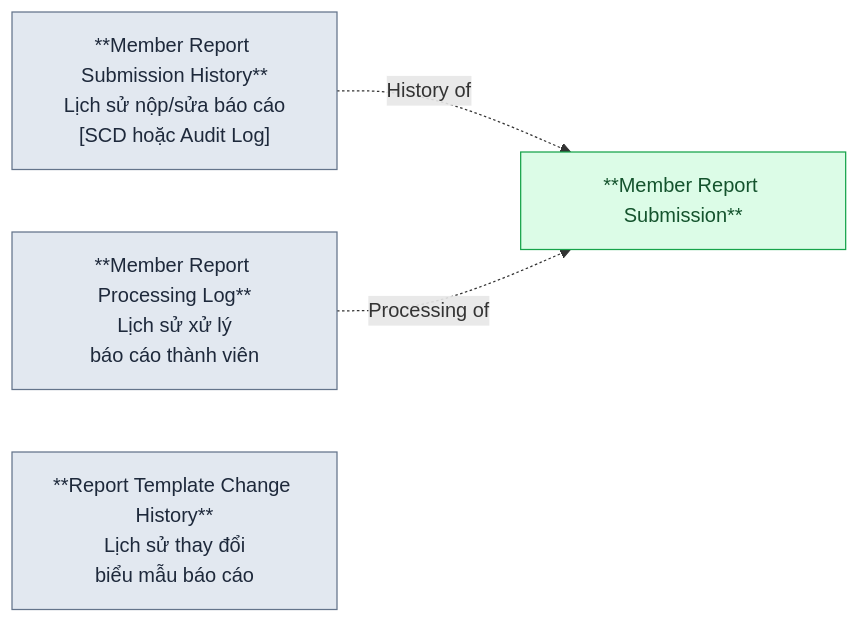
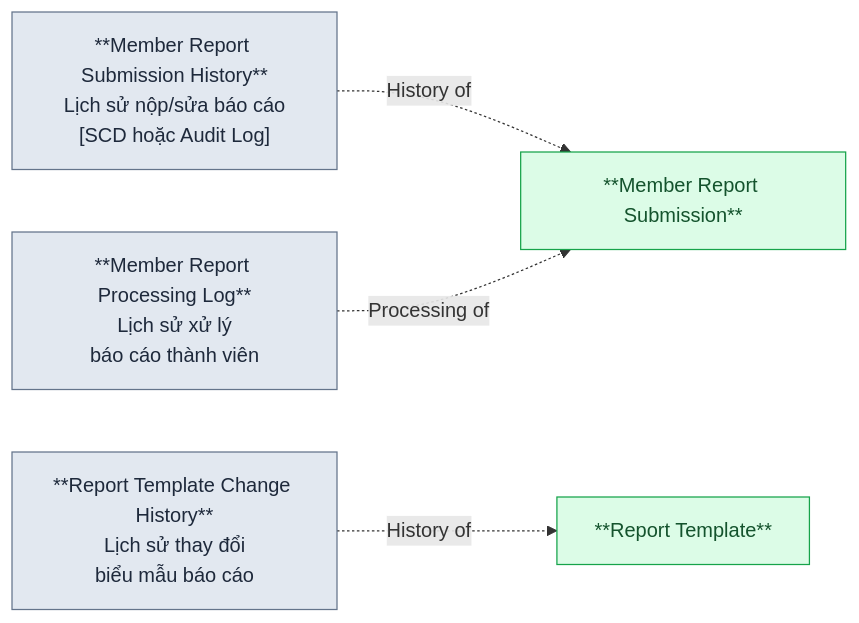
One commit to linhlvit/ubck_atomic_design changed diagram 26 of 30 in Silver/hld/FMS_relationship_diagram.md. Above: the diagram before and after it, drawn with Mermaid. The commit also changed other lines of this file, not shown here.

````diff
--- a/Silver/hld/FMS_relationship_diagram.md
+++ b/Silver/hld/FMS_relationship_diagram.md
@@ -629,13 +590,15 @@
 ```mermaid
 graph LR
     classDef silver fill:#dcfce7,stroke:#16a34a,color:#14532d
     classDef pattern fill:#e2e8f0,stroke:#64748b,color:#1e293b
 
     MRS_S11C["**Member Report Submission**"]:::silver
+    RPT_TEMP_S11C["**Report Template**"]:::silver
     MRS_HS["**Member Report Submission History**\nLịch sử nộp/sửa báo cáo\n[SCD hoặc Audit Log]"]:::pattern
     MRS_PROC["**Member Report Processing Log**\nLịch sử xử lý\nbáo cáo thành viên"]:::pattern
     RPT_CHG["**Report Template Change History**\nLịch sử thay đổi\nbiểu mẫu báo cáo"]:::pattern
 
     MRS_HS -.->|History of| MRS_S11C
     MRS_PROC -.->|Processing of| MRS_S11C
+    RPT_CHG -.->|History of| RPT_TEMP_S11C
 ```
````
